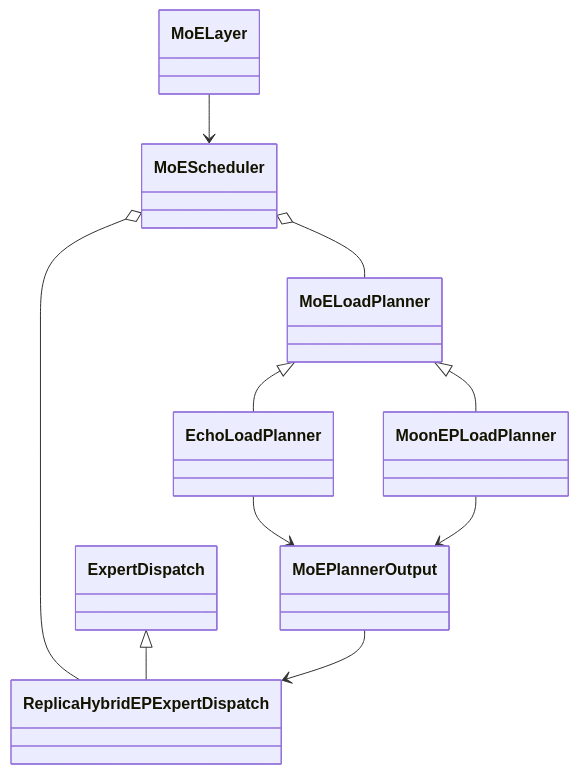
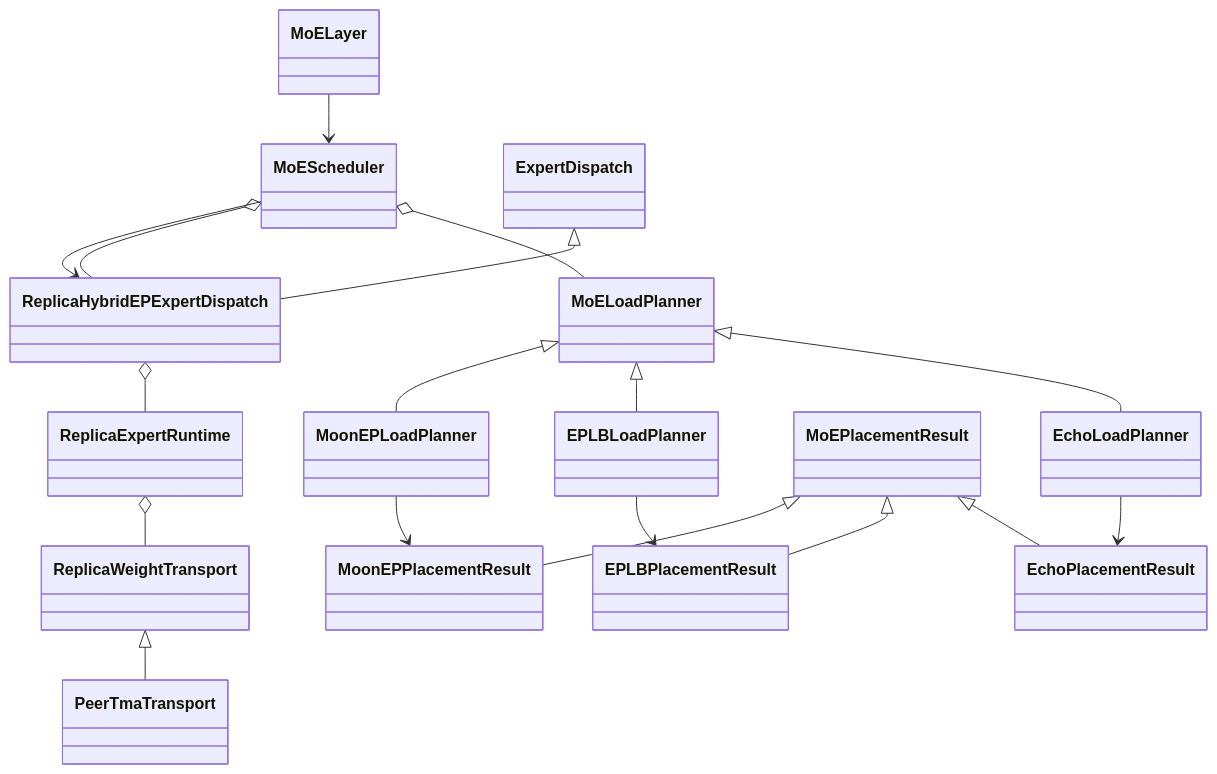
One commit to VVsssssk/Megatron-LM changed the diagram in README.md. Above: the diagram before and after it, drawn with Mermaid. The commit also changed other lines of this file and 18 other files, not shown here.

Commit message:
support eplb planner + replica dispatch

````diff
--- a/README.md
+++ b/README.md
@@ -166,12 +174,20 @@
 ```mermaid
 classDiagram
     MoELayer --> MoEScheduler
     MoEScheduler o-- MoELoadPlanner
     MoEScheduler o-- ReplicaHybridEPExpertDispatch
     MoELoadPlanner <|-- EchoLoadPlanner
+    MoELoadPlanner <|-- EPLBLoadPlanner
     MoELoadPlanner <|-- MoonEPLoadPlanner
     ExpertDispatch <|-- ReplicaHybridEPExpertDispatch
-    EchoLoadPlanner --> MoEPlannerOutput
-    MoonEPLoadPlanner --> MoEPlannerOutput
-    MoEPlannerOutput --> ReplicaHybridEPExpertDispatch
+    MoEPlacementResult <|-- EchoPlacementResult
+    MoEPlacementResult <|-- EPLBPlacementResult
+    MoEPlacementResult <|-- MoonEPPlacementResult
+    EchoLoadPlanner --> EchoPlacementResult
+    EPLBLoadPlanner --> EPLBPlacementResult
+    MoonEPLoadPlanner --> MoonEPPlacementResult
+    MoEScheduler --> ReplicaHybridEPExpertDispatch
+    ReplicaHybridEPExpertDispatch o-- ReplicaExpertRuntime
+    ReplicaExpertRuntime o-- ReplicaWeightTransport
+    ReplicaWeightTransport <|-- PeerTmaTransport
 ```
````
